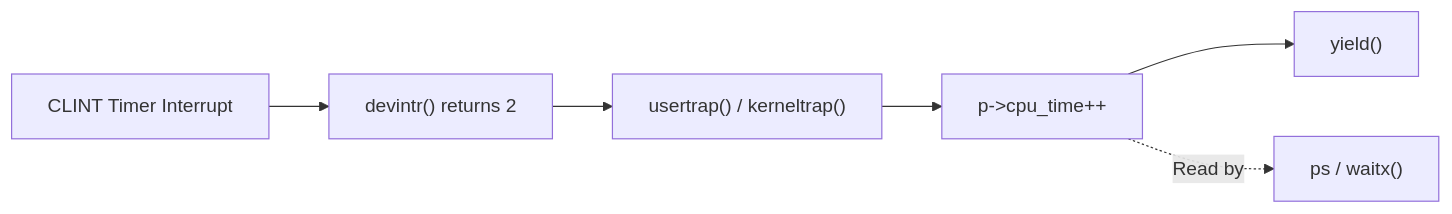
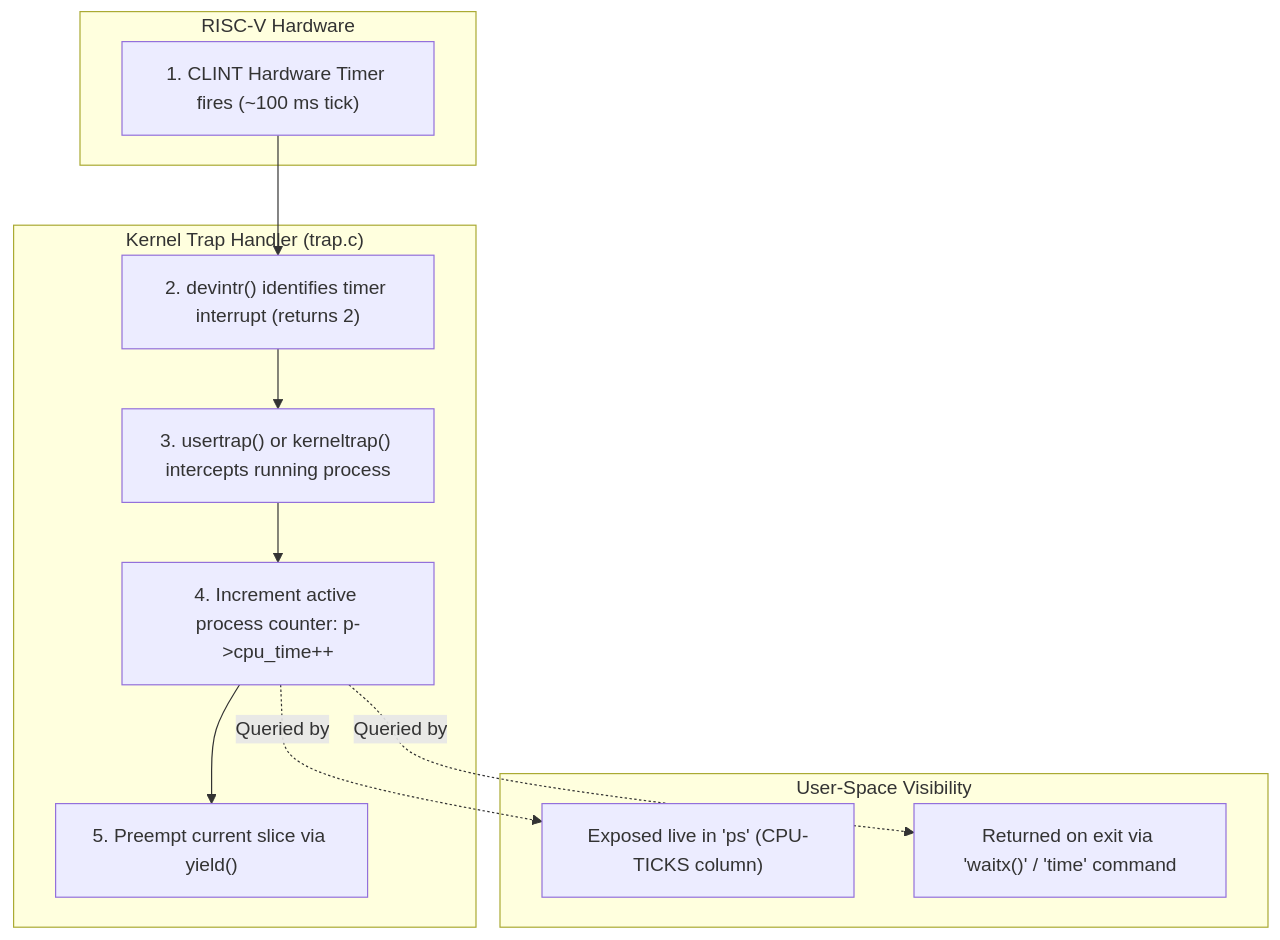
Before and after one commit to asbahkhan67-ctrl/xv6-riscv: the fourth of 21 diagrams in README.md, drawn with Mermaid. The commit also changed other lines of this file, not shown here.

````diff
--- a/README.md
+++ b/README.md
@@ -200,8 +240,22 @@
 ```mermaid
-flowchart LR
-    T["CLINT Timer Interrupt"] --> D["devintr() returns 2"]
-    D --> U["usertrap() / kerneltrap()"]
-    U --> I["p->cpu_time++"]
-    I --> Y["yield()"]
-    I -. "Read by" .-> PS["ps / waitx()"]
+flowchart TD
+    subgraph Hardware["RISC-V Hardware"]
+        H1["1. CLINT Hardware Timer fires (~100 ms tick)"]
+    end
+
+    subgraph Kernel["Kernel Trap Handler (trap.c)"]
+        T1["2. devintr() identifies timer interrupt (returns 2)"]
+        T2["3. usertrap() or kerneltrap() intercepts running process"]
+        T3["4. Increment active process counter: p->cpu_time++"]
+        T4["5. Preempt current slice via yield()"]
+    end
+
+    subgraph Consumers["User-Space Visibility"]
+        C1["Exposed live in 'ps' (CPU-TICKS column)"]
+        C2["Returned on exit via 'waitx()' / 'time' command"]
+    end
+
+    H1 --> T1 --> T2 --> T3 --> T4
+    T3 -. "Queried by" .-> C1
+    T3 -. "Queried by" .-> C2
 ```
````
